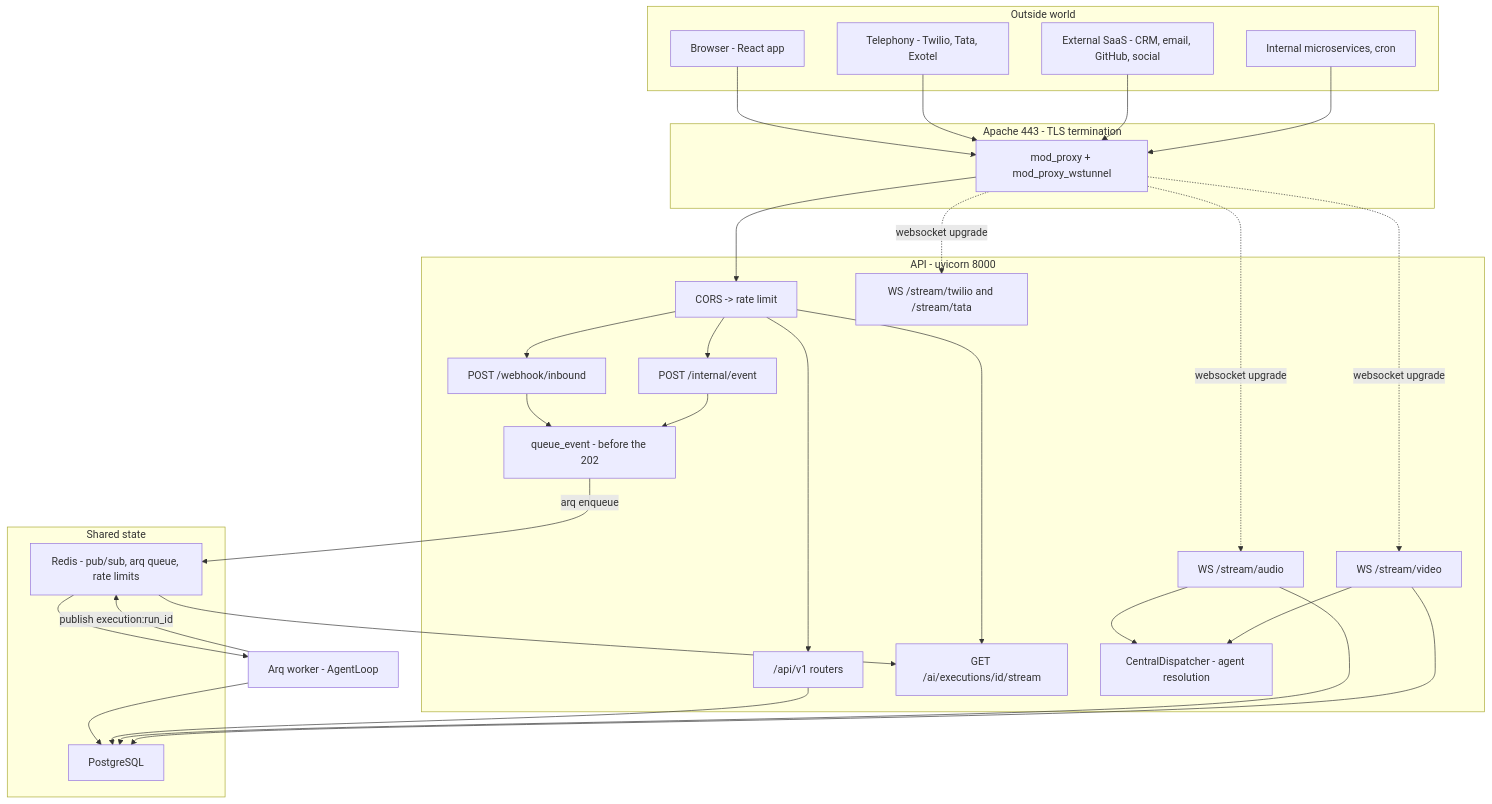
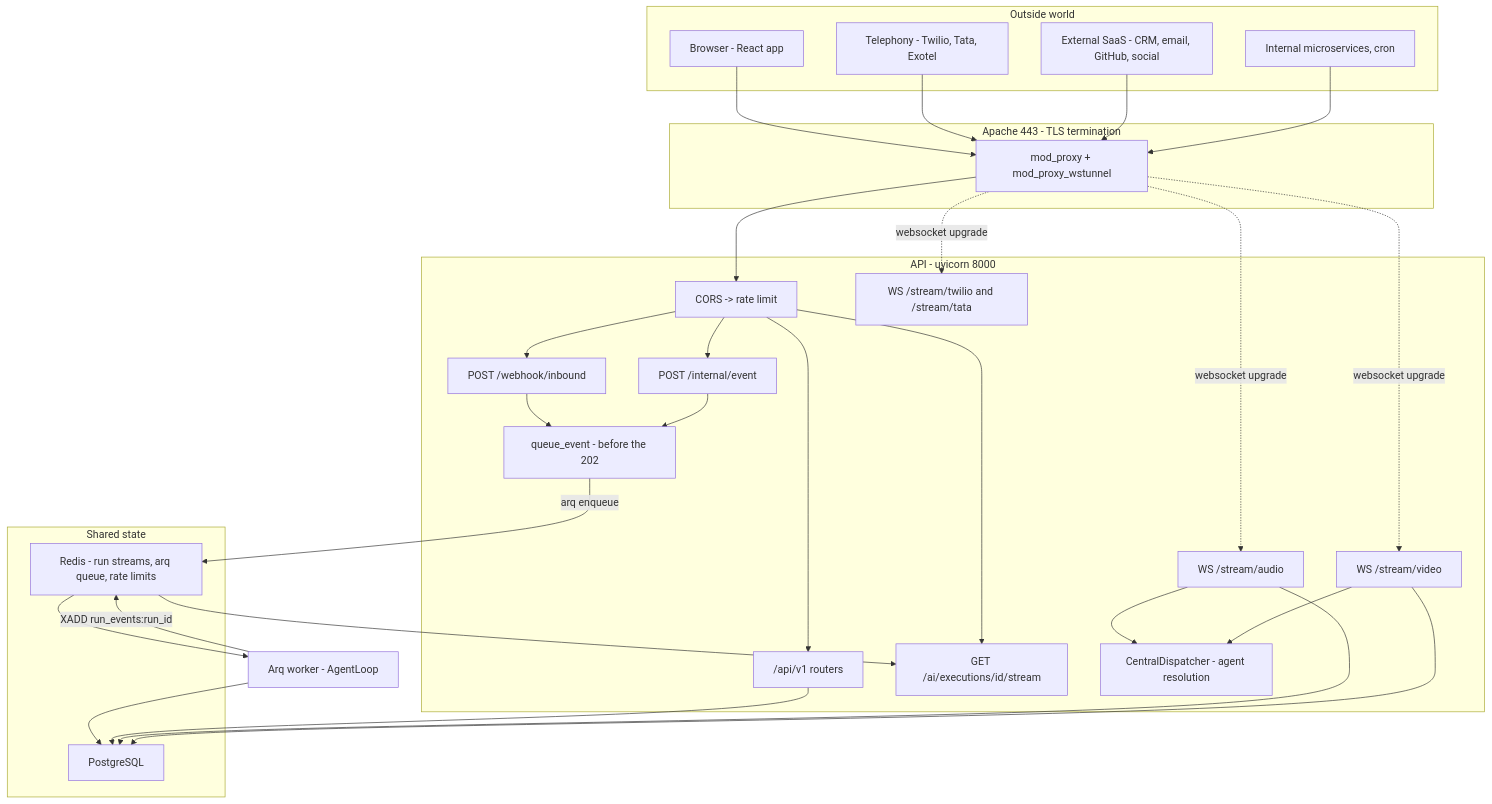
Before and after one commit to gondolerahul/hire-buddha-app: the first of 14 diagrams in docs/current/13-gateway-and-realtime.md, drawn with Mermaid. The commit also changed other lines of this file and 31 other files, not shown here.

````diff
--- a/docs/current/13-gateway-and-realtime.md
+++ b/docs/current/13-gateway-and-realtime.md
@@ -62,59 +62,59 @@
 ```mermaid
 graph TB
     subgraph Outside["Outside world"]
         BR["Browser - React app"]
         TEL["Telephony - Twilio, Tata, Exotel"]
         EXT["External SaaS - CRM, email, GitHub, social"]
         SVC["Internal microservices, cron"]
     end
 
     subgraph Edge["Apache 443 - TLS termination"]
         AP["mod_proxy + mod_proxy_wstunnel"]
     end
 
     subgraph API["API - uvicorn 8000"]
         MW["CORS -> rate limit"]
         REST["/api/v1 routers"]
         SSE["GET /ai/executions/id/stream"]
         R2["POST /webhook/inbound"]
         R3["POST /internal/event"]
         R4["WS /stream/audio"]
         R5["WS /stream/video"]
         R6["WS /stream/twilio and /stream/tata"]
         QE["queue_event - before the 202"]
         DISP["CentralDispatcher - agent resolution"]
     end
 
     subgraph State["Shared state"]
-        RD["Redis - pub/sub, arq queue, rate limits"]
+        RD["Redis - run streams, arq queue, rate limits"]
         PG["PostgreSQL"]
     end
 
     WK["Arq worker - AgentLoop"]
 
     BR --> AP
     TEL --> AP
     EXT --> AP
     SVC --> AP
     AP --> MW
     MW --> REST
     MW --> SSE
     MW --> R2
     MW --> R3
     AP -.websocket upgrade.-> R4
     AP -.websocket upgrade.-> R5
     AP -.websocket upgrade.-> R6
 
     R2 --> QE
     R3 --> QE
     QE -->|arq enqueue| RD
     R4 --> DISP
     R5 --> DISP
     RD --> WK
     WK --> PG
-    WK -->|publish execution:run_id| RD
+    WK -->|XADD run_events:run_id| RD
     RD --> SSE
     REST --> PG
     R4 --> PG
     R5 --> PG
 ```
````
